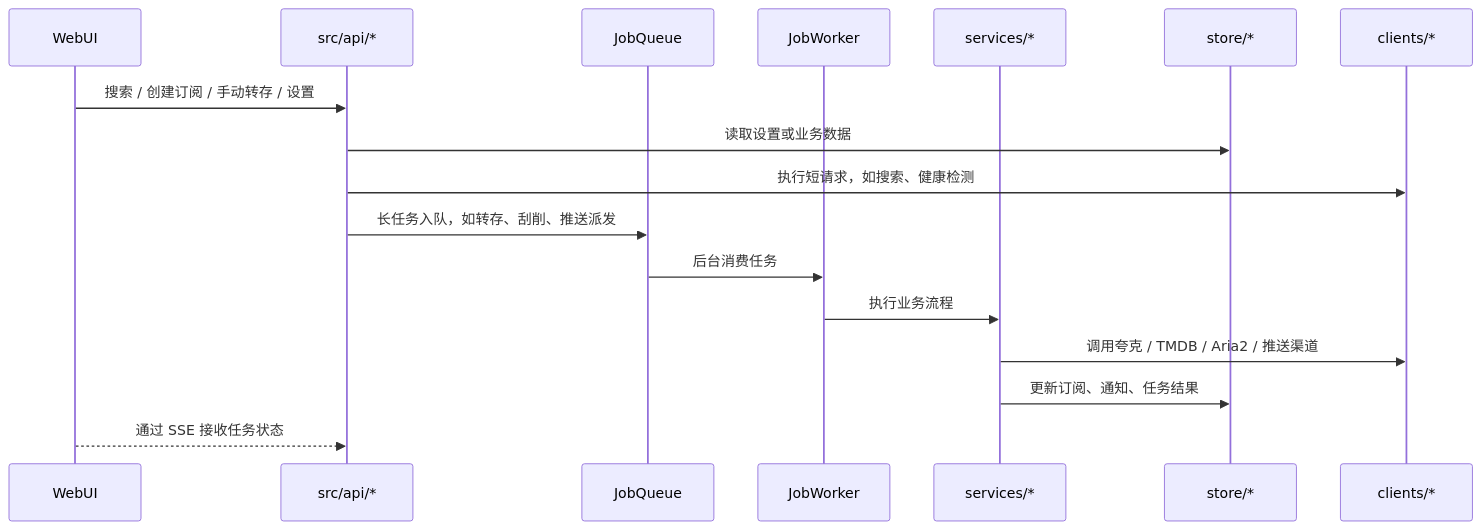
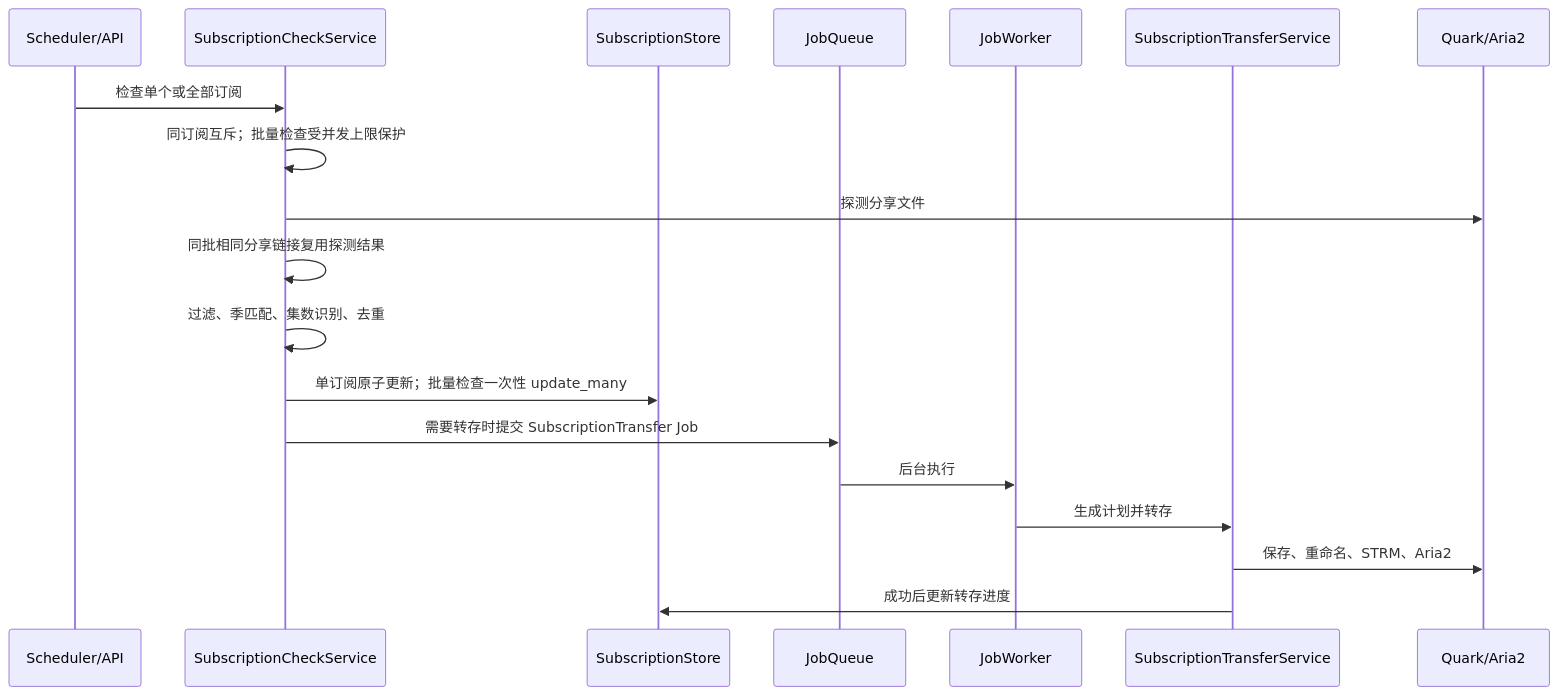
The second of 3 diagrams in docs/architecture.md (hellomrli/my-media-sub), drawn with Mermaid before and after one commit. The commit also changed other lines of this file and 131 other files, not shown here.

Commit message:
feat: complete media automation roadmap through P5

````diff
--- a/docs/architecture.md
+++ b/docs/architecture.md
@@ -65,20 +187,22 @@
 ```mermaid
 sequenceDiagram
-  participant UI as WebUI
-  participant API as src/api/*
+  participant Scheduler as Scheduler/API
+  participant Check as SubscriptionCheckService
+  participant Store as SubscriptionStore
   participant Queue as JobQueue
   participant Worker as JobWorker
-  participant Service as services/*
-  participant Store as store/*
-  participant Client as clients/*
+  participant Transfer as SubscriptionTransferService
+  participant Client as Quark/Aria2
 
-  UI->>API: 搜索 / 创建订阅 / 手动转存 / 设置
-  API->>Store: 读取设置或业务数据
-  API->>Client: 执行短请求，如搜索、健康检测
-  API->>Queue: 长任务入队，如转存、刮削、推送派发
-  Queue->>Worker: 后台消费任务
-  Worker->>Service: 执行业务流程
-  Service->>Client: 调用夸克 / TMDB / Aria2 / 推送渠道
-  Service->>Store: 更新订阅、通知、任务结果
-  UI-->>API: 通过 SSE 接收任务状态
+  Scheduler->>Check: 检查单个或全部订阅
+  Check->>Check: 同订阅互斥；批量检查受并发上限保护
+  Check->>Client: 探测分享文件
+  Check->>Check: 同批相同分享链接复用探测结果
+  Check->>Check: 过滤、季匹配、集数识别、去重
+  Check->>Store: 单订阅原子更新；批量检查一次性 update_many
+  Check->>Queue: 需要转存时提交 SubscriptionTransfer Job
+  Queue->>Worker: 后台执行
+  Worker->>Transfer: 生成计划并转存
+  Transfer->>Client: 保存、重命名、STRM、Aria2
+  Transfer->>Store: 成功后更新转存进度
 ```
````
